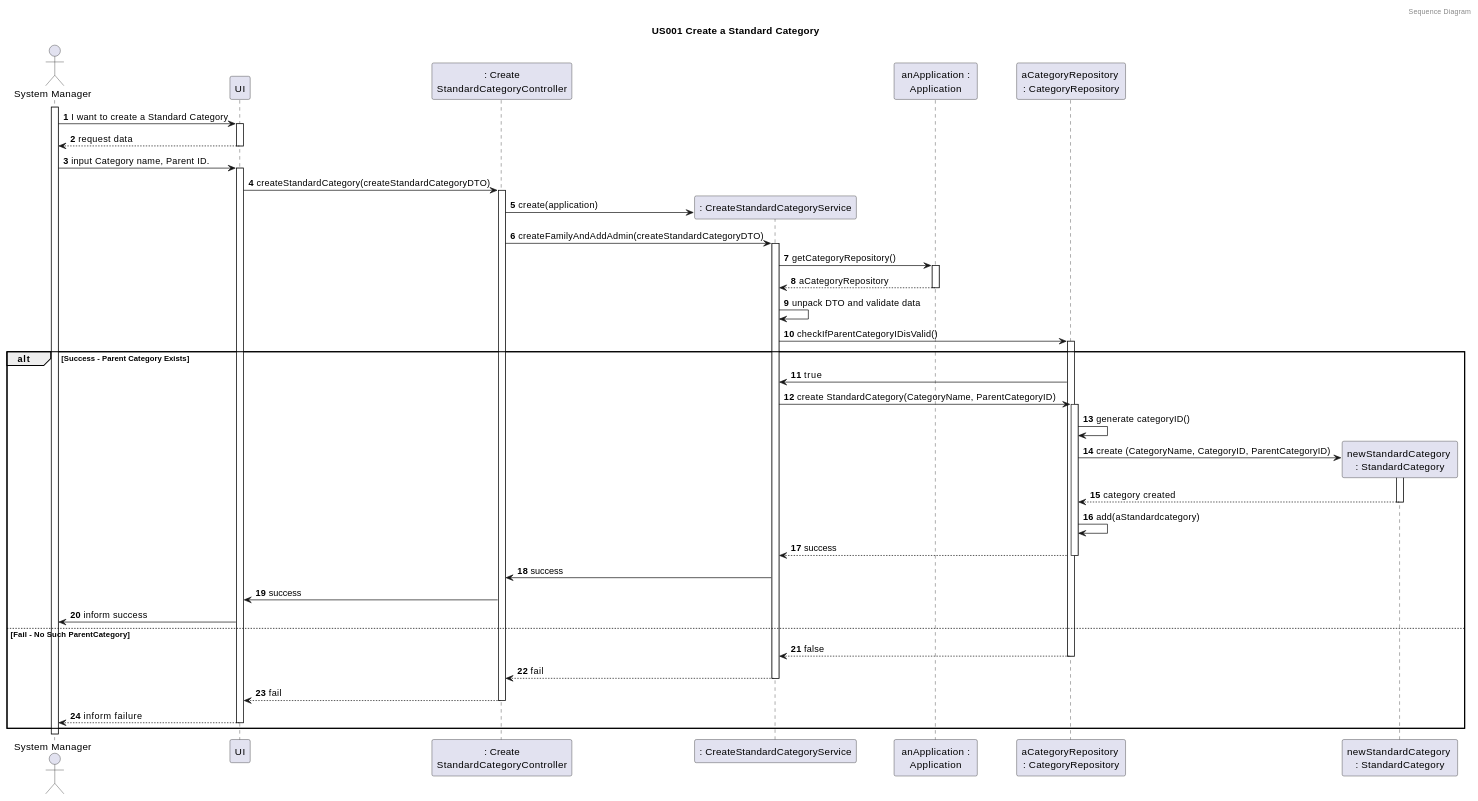
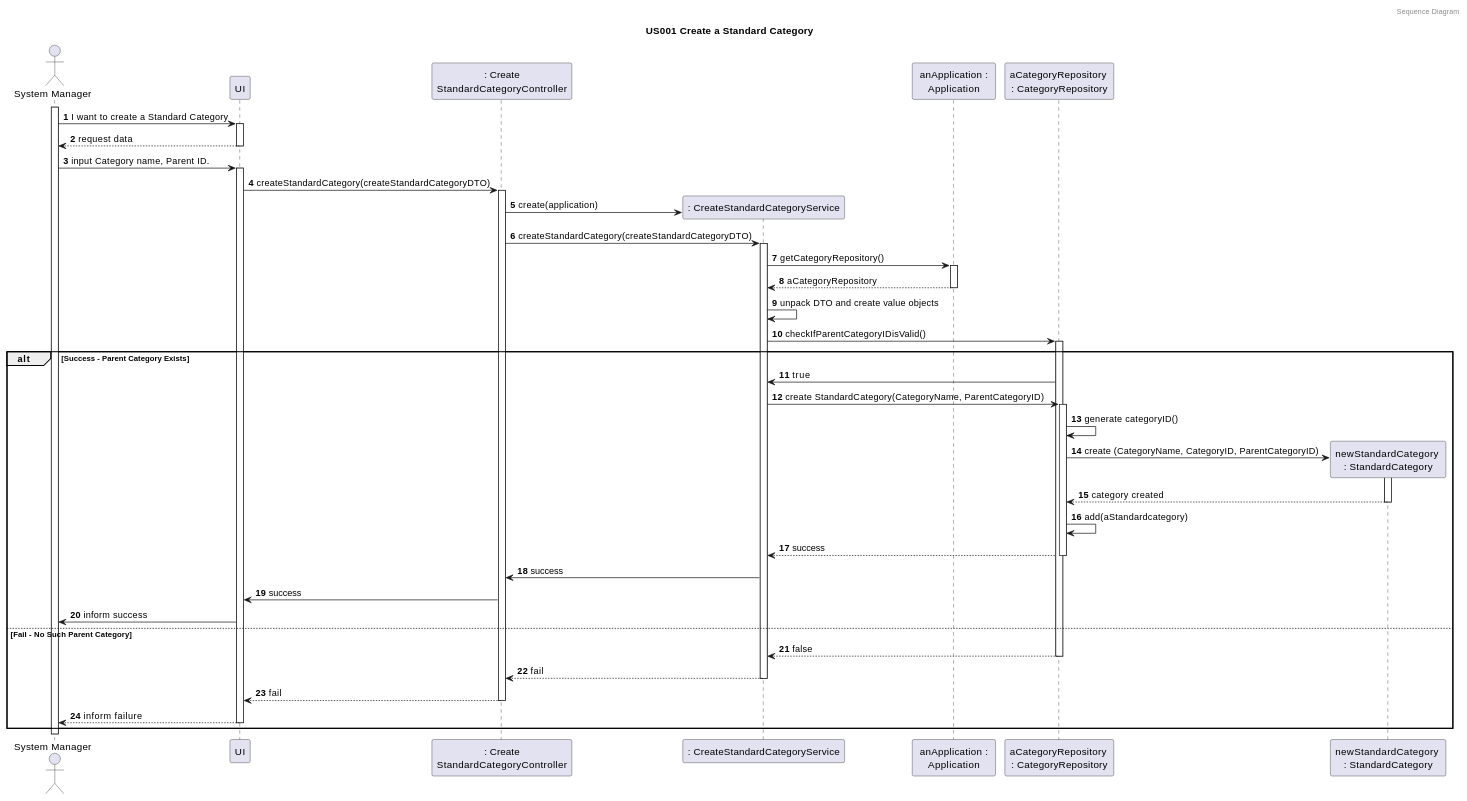
Before and after one commit to tomas-osswald/switch_2020_g3: the third of 4 diagrams in docs/sprint3/user_stories/US001_CreateStandarCategory.md, drawn with PlantUML. The commit also changed other lines of this file, not shown here.

Commit message:
corrections in Sequence diagram for US001

`````diff
--- a/docs/sprint3/user_stories/US001_CreateStandarCategory.md
+++ b/docs/sprint3/user_stories/US001_CreateStandarCategory.md
@@ -121,61 +111,61 @@
 ````puml
 @startuml
 autonumber
 header Sequence Diagram
 title US001 Create a Standard Category
 actor "System Manager" as systemManager
 participant "UI" as UI
 participant ": Create\nStandardCategoryController" as controller
 participant ": CreateStandardCategoryService" as service
 participant " anApplication : \nApplication" as app
 participant "aCategoryRepository \n: CategoryRepository" as repository
 participant "newStandardCategory \n: StandardCategory" as scategory
 
 activate systemManager
 systemManager -> UI: I want to create a Standard Category
 activate UI
 return request data
 systemManager -> UI : input Category name, Parent ID.
 activate UI
 UI -> controller : createStandardCategory(createStandardCategoryDTO)
 activate controller
 controller -> service** : create(application)
-controller -> service : createFamilyAndAddAdmin(createStandardCategoryDTO)
+controller -> service : createStandardCategory(createStandardCategoryDTO)
 activate service
 
 service -> app : getCategoryRepository()
 activate app
 return aCategoryRepository
 
-service -> service: unpack DTO and validate data
+service -> service: unpack DTO and create value objects
 service -> repository: checkIfParentCategoryIDisValid()
 activate repository
 
 alt Success - Parent Category Exists
 
 repository -> service: true
 service -> repository: create StandardCategory(CategoryName, ParentCategoryID)
 activate repository
 repository -> repository: generate categoryID()
 repository -> scategory**: create (CategoryName, CategoryID, ParentCategoryID)
 activate scategory
 return category created
 repository -> repository : add(aStandardcategory)
 return success
 service -> controller: success
 controller -> UI: success
 UI -> systemManager: inform success
 
-else Fail - No Such ParentCategory
+else Fail - No Such Parent Category
 
 return false
 return fail
 return fail
 return inform failure
 
 end
 
 
 
 @enduml
 ````
`````
